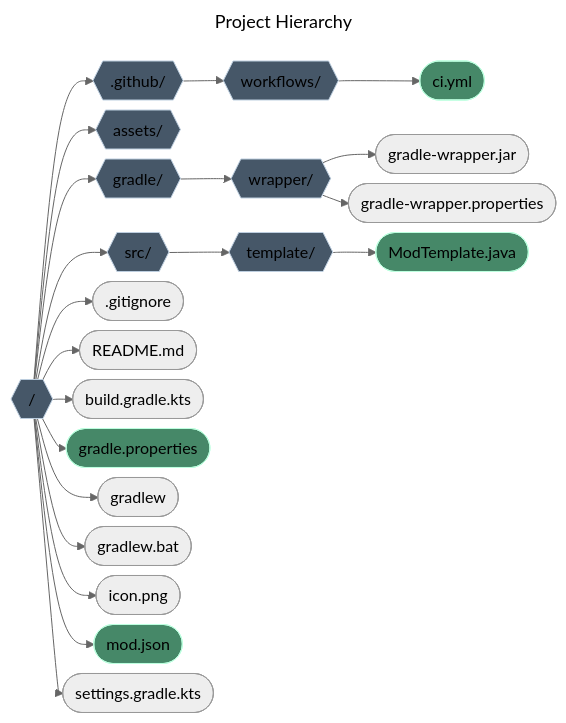
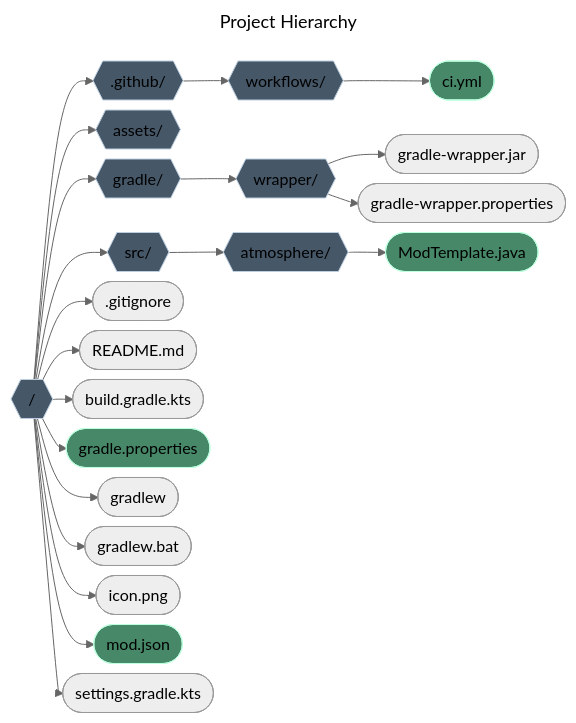
The first of 2 diagrams in README.md (ThePythonGuy3/Atmospheric-Entry), drawn with Mermaid (neutral theme) before and after one commit. The commit also changed other lines of this file and 9 other files, not shown here.

````diff
--- a/README.md
+++ b/README.md
@@ -29,41 +29,41 @@
    ```mermaid
    ---
    title: Project Hierarchy
    ---
    graph LR;
    %%{init:{'flowchart':{'nodeSpacing': 10, 'rankSpacing': 10}}}%%;
    
    classDef folder fill:#465768,stroke:#bdcedf;
    classDef file fill:#468868,stroke:#bdffdf;
 
    root{{"/"}};
    github{{".github/"}};
    workflows{{"workflows/"}};
    assets{{"assets/"}};
    gradle{{"gradle/"}};
    wrapper{{"wrapper/"}};
    src{{"src/"}};
-   template{{"template/"}};
-   class root,github,workflows,assets,gradle,wrapper,src,template folder;
+   atmosphere{{"atmosphere/"}};
+   class root,github,workflows,assets,gradle,wrapper,src,atmosphere folder;
 
    ci(["ci.yml"]);
    wrapper-jar(["gradle-wrapper.jar"]);
    wrapper-prop(["gradle-wrapper.properties"]);
    main(["ModTemplate.java"]);
    ignore([".gitignore"]);
    readme(["README.md"]);
    build(["build.gradle.kts"]);
    prop(["gradle.properties"]);
    wrapper-unix(["gradlew"]);
    wrapper-windows(["gradlew.bat"]);
    icon(["icon.png"]);
    meta(["mod.json"]);
    settings(["settings.gradle.kts"]);
    class ci,main,prop,meta file;
 
    root-->github-->workflows-->ci;
    root-->assets;
    root-->gradle-->wrapper-->wrapper-jar & wrapper-prop;
-   root-->src-->template-->main;
+   root-->src-->atmosphere-->main;
    root-->ignore & readme & build & prop & wrapper-unix & wrapper-windows & icon & meta & settings;
    ```
````
